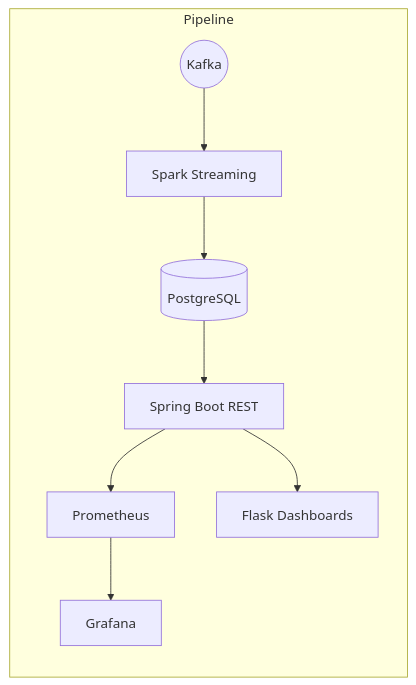
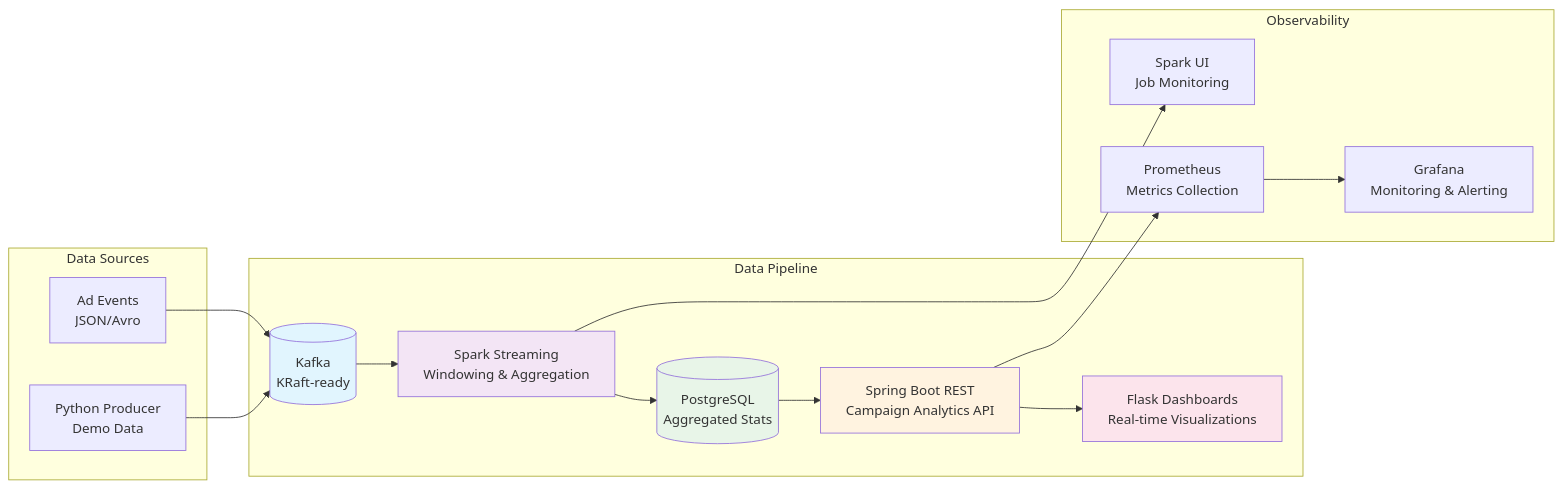
The diagram in README.md (chernistry/tabularasa-bi-core), drawn with Mermaid before and after one commit. The commit also changed other lines of this file, not shown here.

````diff
--- a/README.md
+++ b/README.md
@@ -32,11 +54,26 @@
 ```mermaid
 flowchart LR
-  subgraph Pipeline
-    Kafka((Kafka)) --> Spark[Spark Streaming]
-    Spark --> PG[(PostgreSQL)]
-    PG --> API[Spring Boot REST]
-    API --> Prom[Prometheus]
-    Prom --> Grafana
-    API --> Dash[Flask Dashboards]
-  end
+    subgraph "Data Pipeline"
+        Kafka[(Kafka<br/>KRaft-ready)] --> Spark[Spark Streaming<br/>Windowing & Aggregation]
+        Spark --> PG[(PostgreSQL<br/>Aggregated Stats)]
+        PG --> API[Spring Boot REST<br/>Campaign Analytics API]
+        API --> Dash[Flask Dashboards<br/>Real-time Visualizations]
+    end
+    
+    subgraph "Observability"
+        API --> Prom[Prometheus<br/>Metrics Collection]
+        Prom --> Grafana[Grafana<br/>Monitoring & Alerting]
+        Spark --> Metrics[Spark UI<br/>Job Monitoring]
+    end
+    
+    subgraph "Data Sources"
+        Events[Ad Events<br/>JSON/Avro] --> Kafka
+        Producer[Python Producer<br/>Demo Data] --> Kafka
+    end
+    
+    style Kafka fill:#e1f5fe
+    style Spark fill:#f3e5f5
+    style PG fill:#e8f5e8
+    style API fill:#fff3e0
+    style Dash fill:#fce4ec
 ```
````
